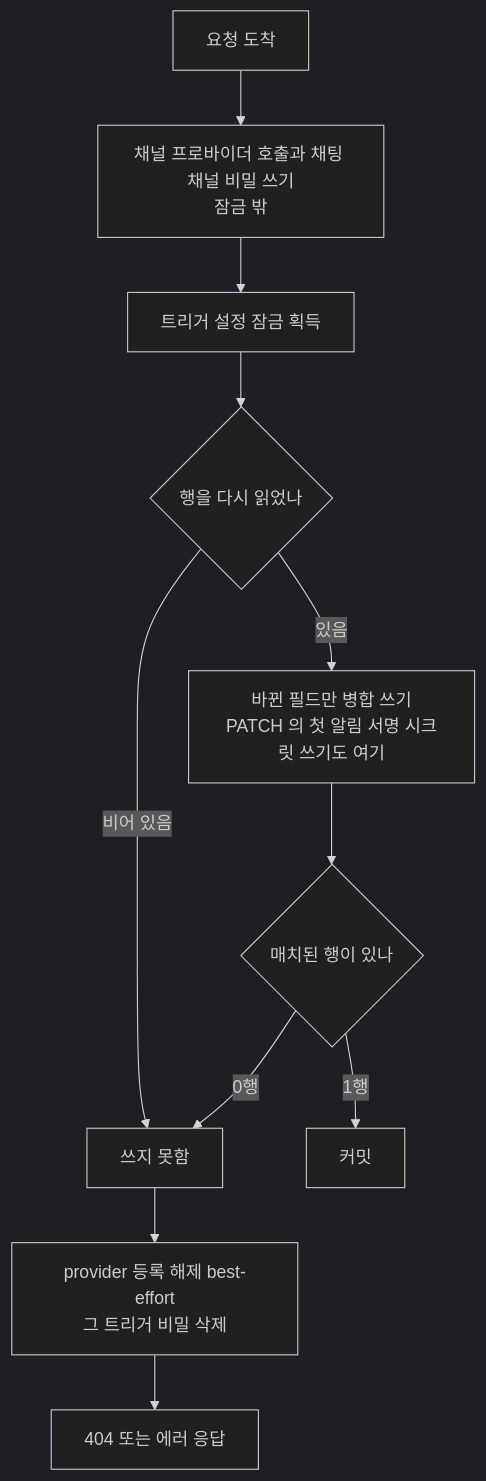
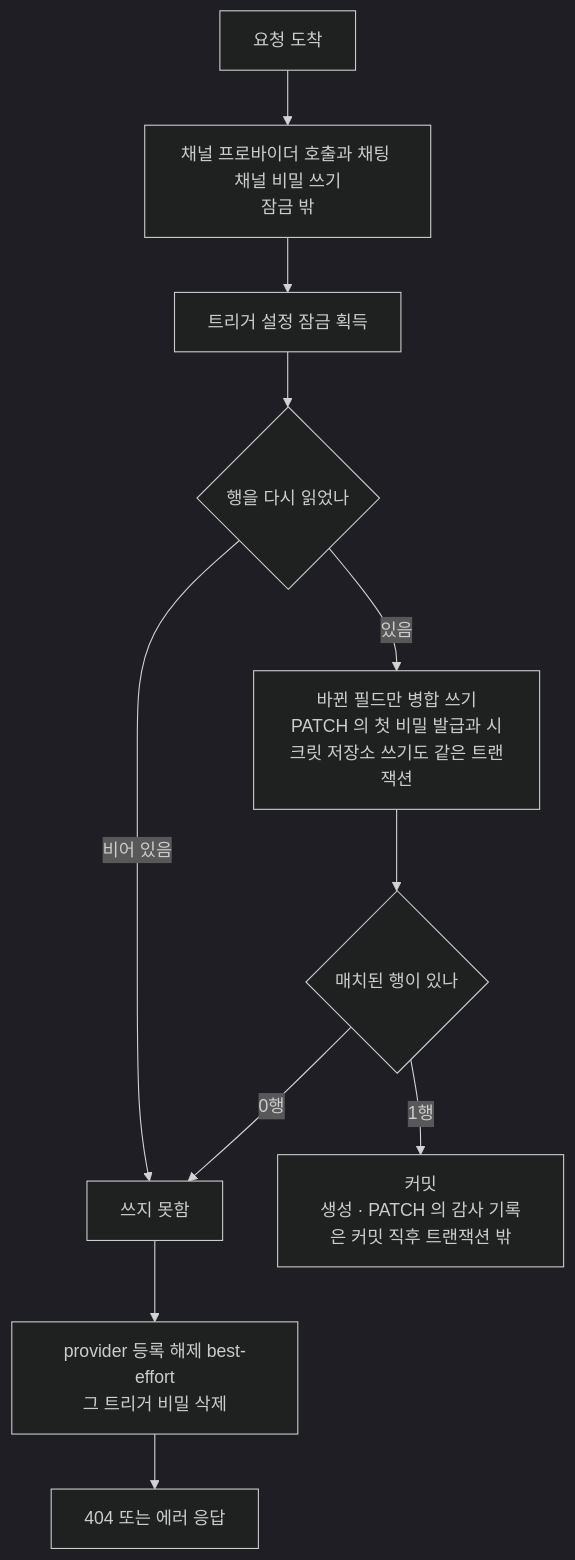
One commit to worker-ants/clemvion changed the diagram in spec/CLE-TRIG/CLE-TRIG-MANAGE.md. Above: the diagram before and after it, drawn with Mermaid (dark theme). The commit also changed other lines of this file and 32 other files, not shown here.

````diff
--- a/spec/CLE-TRIG/CLE-TRIG-MANAGE.md
+++ b/spec/CLE-TRIG/CLE-TRIG-MANAGE.md
@@ -263,13 +278,13 @@
 ```mermaid
 flowchart TD
     A[요청 도착] --> B[채널 프로바이더 호출과 채팅 채널 비밀 쓰기<br/>잠금 밖]
     B --> C[트리거 설정 잠금 획득]
     C --> D{행을 다시 읽었나}
     D -- 비어 있음 --> F[쓰지 못함]
-    D -- 있음 --> E[바뀐 필드만 병합 쓰기<br/>PATCH 의 첫 알림 서명 시크릿 쓰기도 여기]
+    D -- 있음 --> E[바뀐 필드만 병합 쓰기<br/>PATCH 의 첫 비밀 발급과 시크릿 저장소 쓰기도 같은 트랜잭션]
     E --> G{매치된 행이 있나}
     G -- 0행 --> F
-    G -- 1행 --> H[커밋]
+    G -- 1행 --> H[커밋<br/>생성 · PATCH 의 감사 기록은 커밋 직후 트랜잭션 밖]
     F --> I[provider 등록 해제 best-effort<br/>그 트리거 비밀 삭제]
     I --> J[404 또는 에러 응답]
 ```
````
